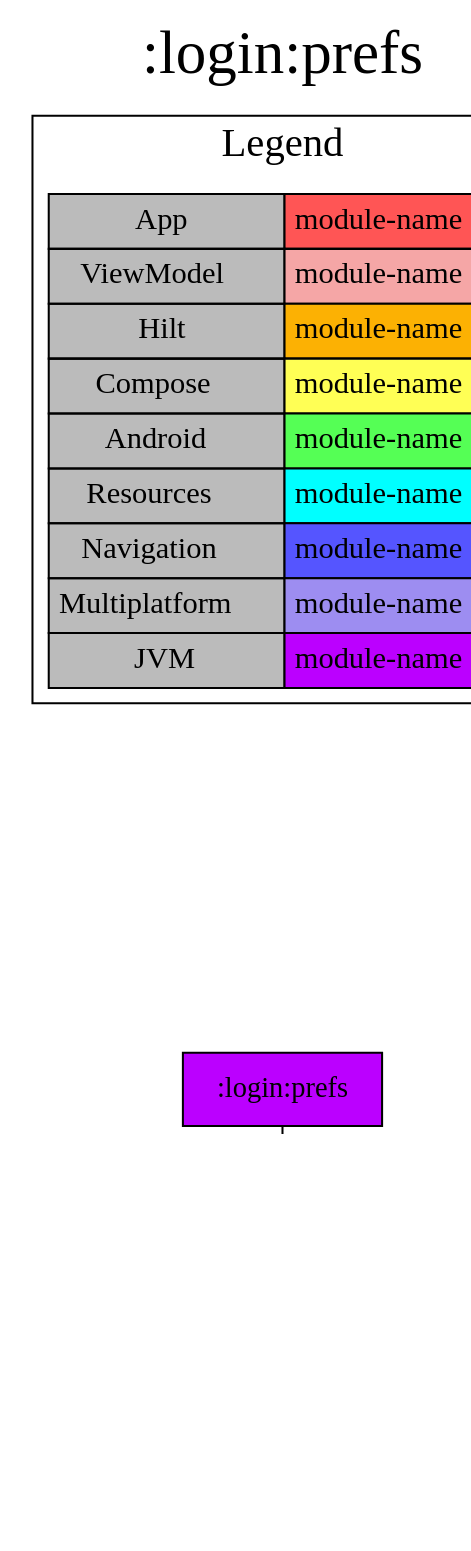
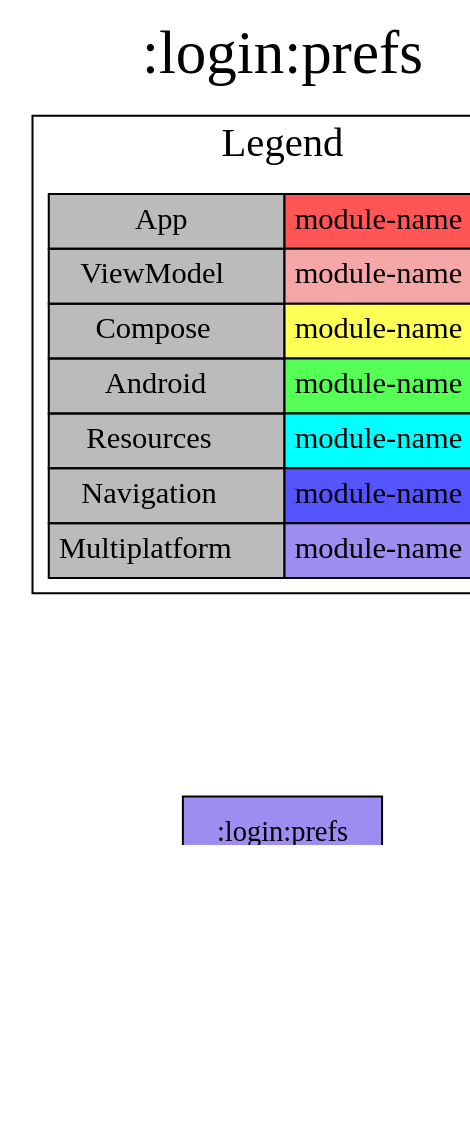
One commit to jonapoul/aktual changed the diagram in modules/login/prefs/project-dependency-graph.dot. Above: the diagram before and after it, drawn with Graphviz. The commit also changed 169 other files, not shown here.

```diff
--- a/modules/login/prefs/project-dependency-graph.dot
+++ b/modules/login/prefs/project-dependency-graph.dot
@@ -1,29 +1,27 @@
 digraph {
 edge ["dir"="forward"]
-graph ["dpi"="100","label"=":login:prefs","labelloc"="t","fontsize"="30","ranksep"="2.5","rankdir"="TB"]
+graph ["dpi"="100","label"=":login:prefs","labelloc"="t","fontsize"="30","ranksep"="1.5","rankdir"="TB"]
 node ["style"="filled"]
-":login:prefs" ["fillcolor"="#BB00FF","shape"="box"]
+":login:prefs" ["fillcolor"="#9D8DF1","shape"="box"]
 ":login:model" ["fillcolor"="#9D8DF1","shape"="box"]
 {
 edge ["dir"="none"]
 graph ["rank"="same"]
 }
 ":login:prefs" -> ":login:model"
 subgraph "cluster_legend" {
 edge ["dir"="none"]
 graph ["label"="Legend","fontsize"="20"]
 "Legend" ["style"="filled","fillcolor"="#bbbbbb","shape"="none","margin"="0","fontsize"="15","label"=<
 <TABLE BORDER="0" CELLBORDER="1" CELLSPACING="0" CELLPADDING="4">
 <TR><TD>App</TD><TD BGCOLOR="#FF5555">module-name</TD></TR>
 <TR><TD>ViewModel</TD><TD BGCOLOR="#F5A6A6">module-name</TD></TR>
-<TR><TD>Hilt</TD><TD BGCOLOR="#FCB103">module-name</TD></TR>
 <TR><TD>Compose</TD><TD BGCOLOR="#FFFF55">module-name</TD></TR>
 <TR><TD>Android</TD><TD BGCOLOR="#55FF55">module-name</TD></TR>
 <TR><TD>Resources</TD><TD BGCOLOR="#00FFFF">module-name</TD></TR>
 <TR><TD>Navigation</TD><TD BGCOLOR="#5555FF">module-name</TD></TR>
 <TR><TD>Multiplatform</TD><TD BGCOLOR="#9D8DF1">module-name</TD></TR>
-<TR><TD>JVM</TD><TD BGCOLOR="#BB00FF">module-name</TD></TR>
 </TABLE>
 >]
 } -> ":login:prefs" ["style"="invis"]
 }
```
